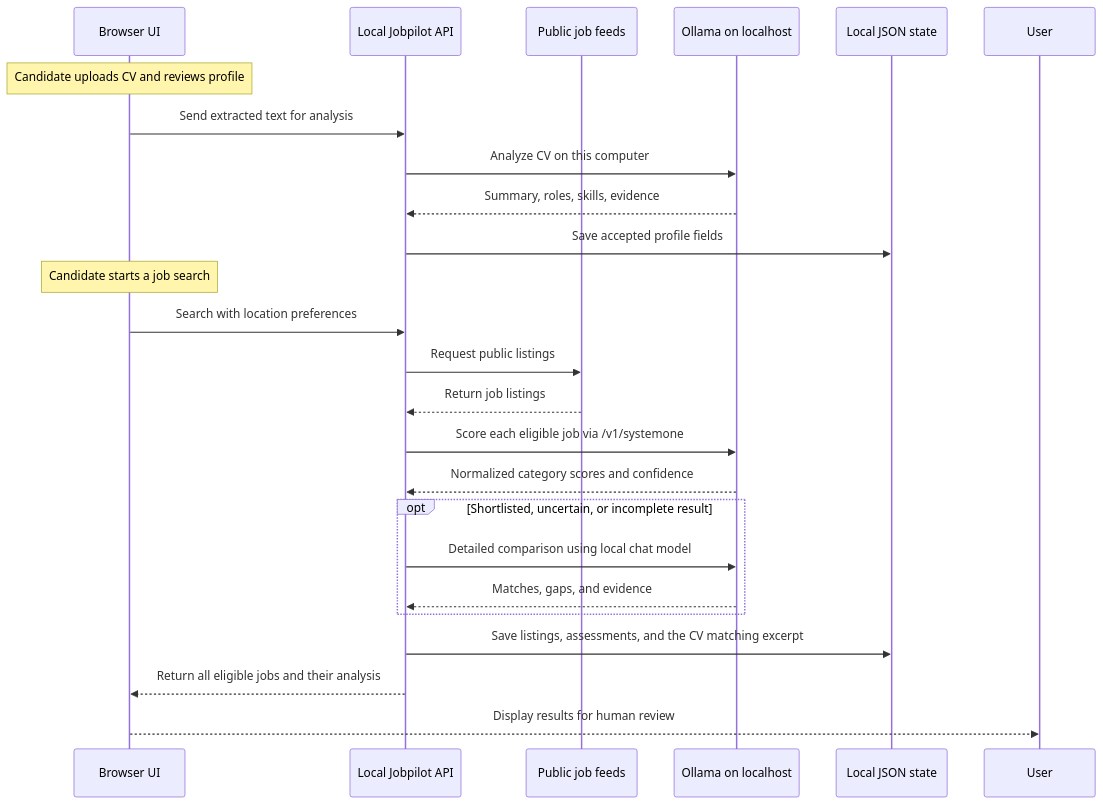
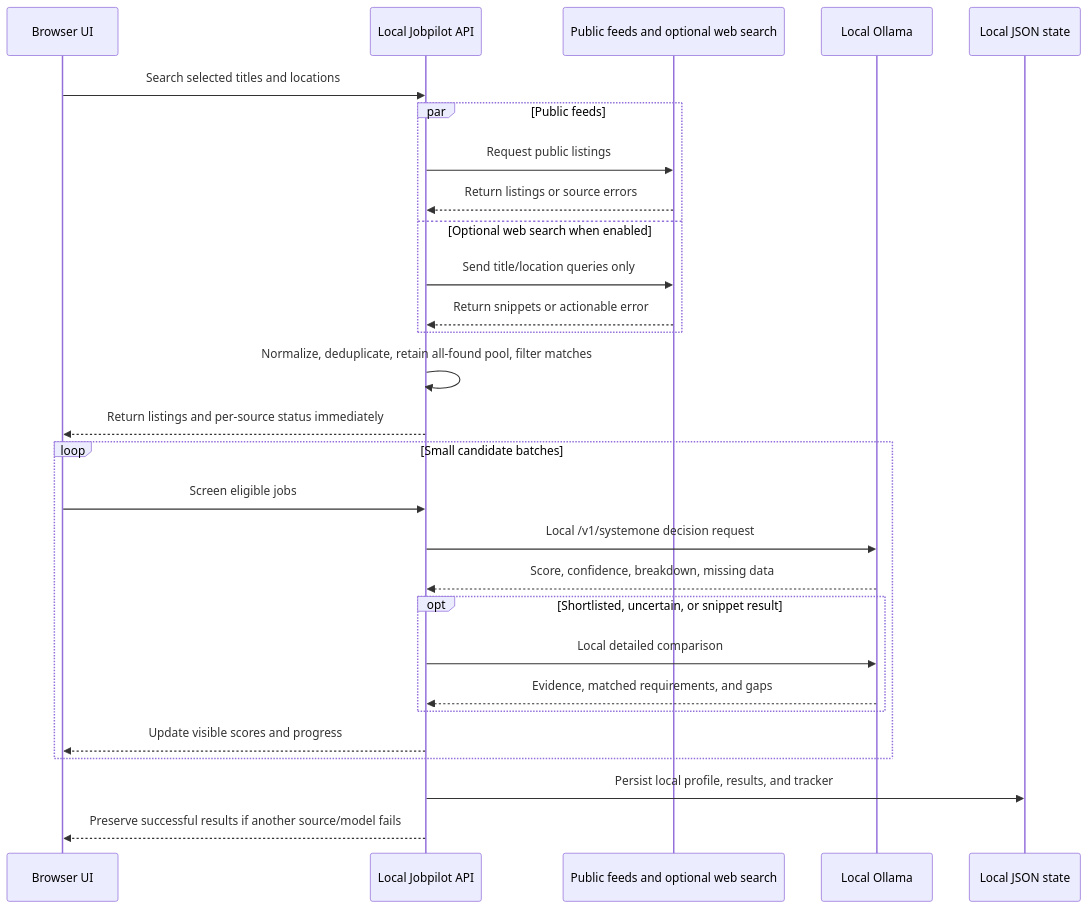
Before and after one commit to sinariazi/jobpilot: the fourth of 4 diagrams in README.md, drawn with Mermaid. The commit also changed other lines of this file, not shown here.

Commit message:
Update solution architecture showcase

````diff
--- a/README.md
+++ b/README.md
@@ -210,27 +238,31 @@
 ```mermaid
 sequenceDiagram
     participant UI as Browser UI
     participant App as Local Jobpilot API
-    participant Feed as Public job feeds
-    participant AI as Ollama on localhost
-    participant Disk as Local JSON state
+    participant Sources as Public feeds and optional web search
+    participant AI as Local Ollama
+    participant State as Local JSON state
 
-    Note over UI: Candidate uploads CV and reviews profile
-    UI->>App: Send extracted text for analysis
-    App->>AI: Analyze CV on this computer
-    AI-->>App: Summary, roles, skills, evidence
-    App->>Disk: Save accepted profile fields
-    Note over UI: Candidate starts a job search
-    UI->>App: Search with location preferences
-    App->>Feed: Request public listings
-    Feed-->>App: Return job listings
-    App->>AI: Score each eligible job via /v1/systemone
-    AI-->>App: Normalized category scores and confidence
-    opt Shortlisted, uncertain, or incomplete result
-        App->>AI: Detailed comparison using local chat model
-        AI-->>App: Matches, gaps, and evidence
+    UI->>App: Search selected titles and locations
+    par Public feeds
+        App->>Sources: Request public listings
+        Sources-->>App: Return listings or source errors
+    and Optional web search when enabled
+        App->>Sources: Send title/location queries only
+        Sources-->>App: Return snippets or actionable error
     end
-    App->>Disk: Save listings, assessments, and the CV matching excerpt
-    App-->>UI: Return all eligible jobs and their analysis
-    UI-->>User: Display results for human review
+    App->>App: Normalize, deduplicate, retain all-found pool, filter matches
+    App-->>UI: Return listings and per-source status immediately
+    loop Small candidate batches
+        UI->>App: Screen eligible jobs
+        App->>AI: Local /v1/systemone decision request
+        AI-->>App: Score, confidence, breakdown, missing data
+        opt Shortlisted, uncertain, or snippet result
+            App->>AI: Local detailed comparison
+            AI-->>App: Evidence, matched requirements, and gaps
+        end
+        App-->>UI: Update visible scores and progress
+    end
+    App->>State: Persist local profile, results, and tracker
+    App-->>UI: Preserve successful results if another source/model fails
 ```
````
